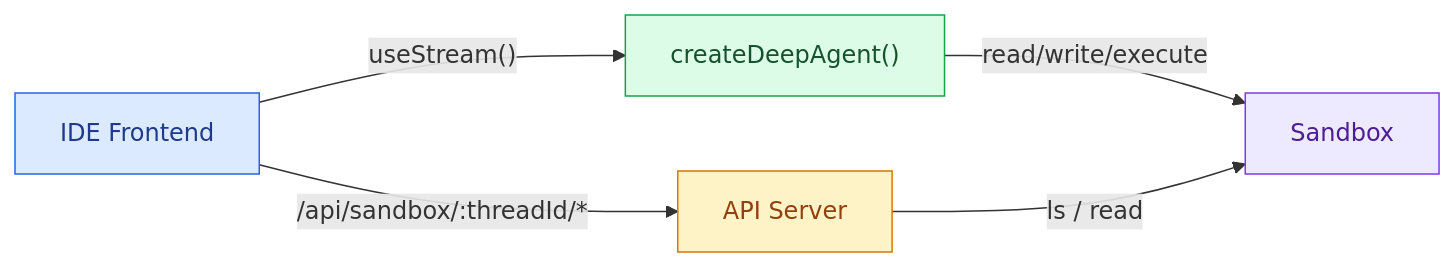
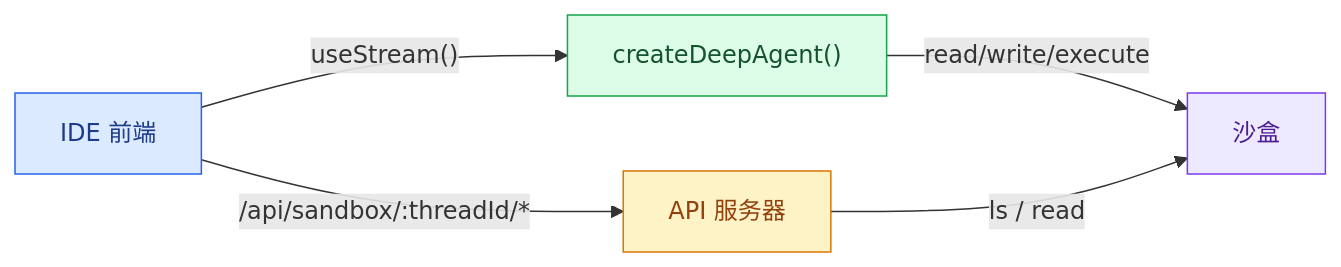
Before and after one commit to kunfan96/cndocs-langchain: the first of 2 diagrams in oss/python/deepagents/frontend/sandbox.mdx, drawn with Mermaid. The commit also changed other lines of this file and 51 other files, not shown here.

````diff
--- a/oss/python/deepagents/frontend/sandbox.mdx
+++ b/oss/python/deepagents/frontend/sandbox.mdx
@@ -35,29 +32,29 @@
 ```mermaid
 %%{
   init: {
     "fontFamily": "monospace",
     "flowchart": {
       "curve": "curve"
     }
   }
 }%%
 graph LR
-  UI["IDE Frontend"]
-  API["API Server"]
+  UI["IDE 前端"]
+  API["API 服务器"]
   AGENT["createDeepAgent()"]
-  SANDBOX["Sandbox"]
+  SANDBOX["沙盒"]
 
   UI --"useStream()"--> AGENT
   UI --"/api/sandbox/:threadId/*"--> API
   AGENT --"read/write/execute"--> SANDBOX
   API --"ls / read"--> SANDBOX
 
   classDef blueHighlight fill:#DBEAFE,stroke:#2563EB,color:#1E3A8A;
   classDef greenHighlight fill:#DCFCE7,stroke:#16A34A,color:#14532D;
   classDef purpleHighlight fill:#EDE9FE,stroke:#7C3AED,color:#4C1D95;
   classDef orangeHighlight fill:#FEF3C7,stroke:#D97706,color:#92400E;
   class UI blueHighlight;
   class AGENT greenHighlight;
   class SANDBOX purpleHighlight;
   class API orangeHighlight;
 ```
````
